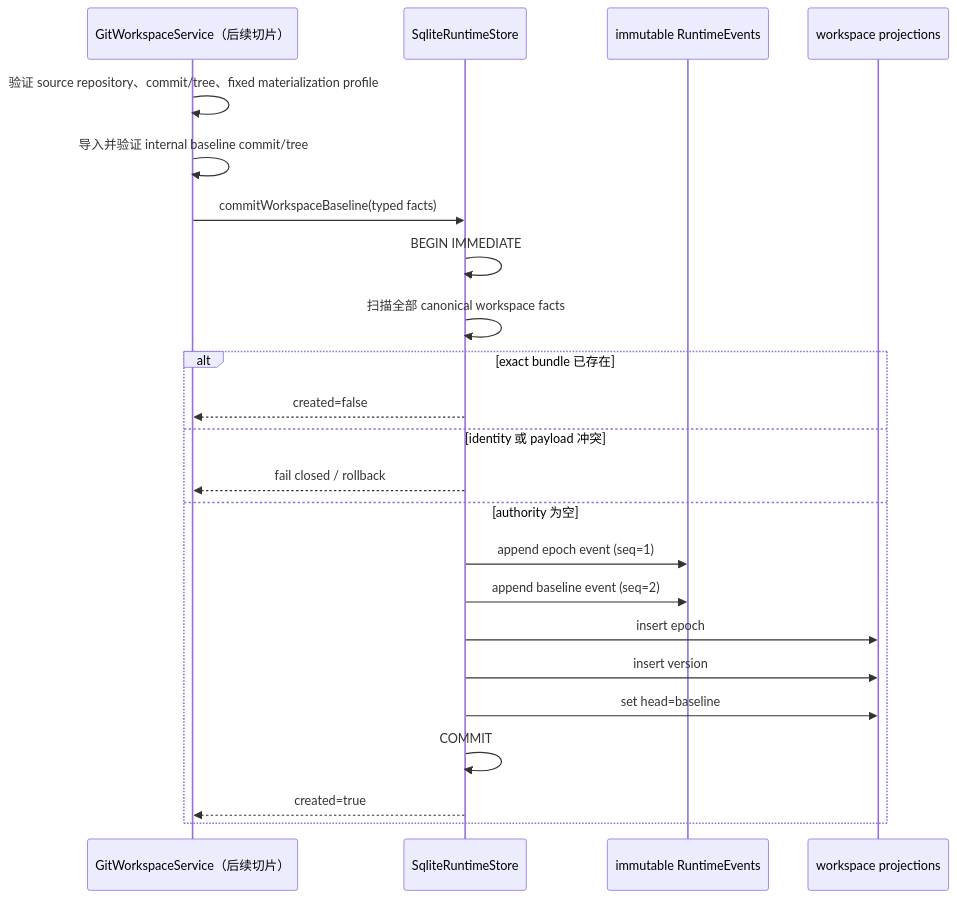
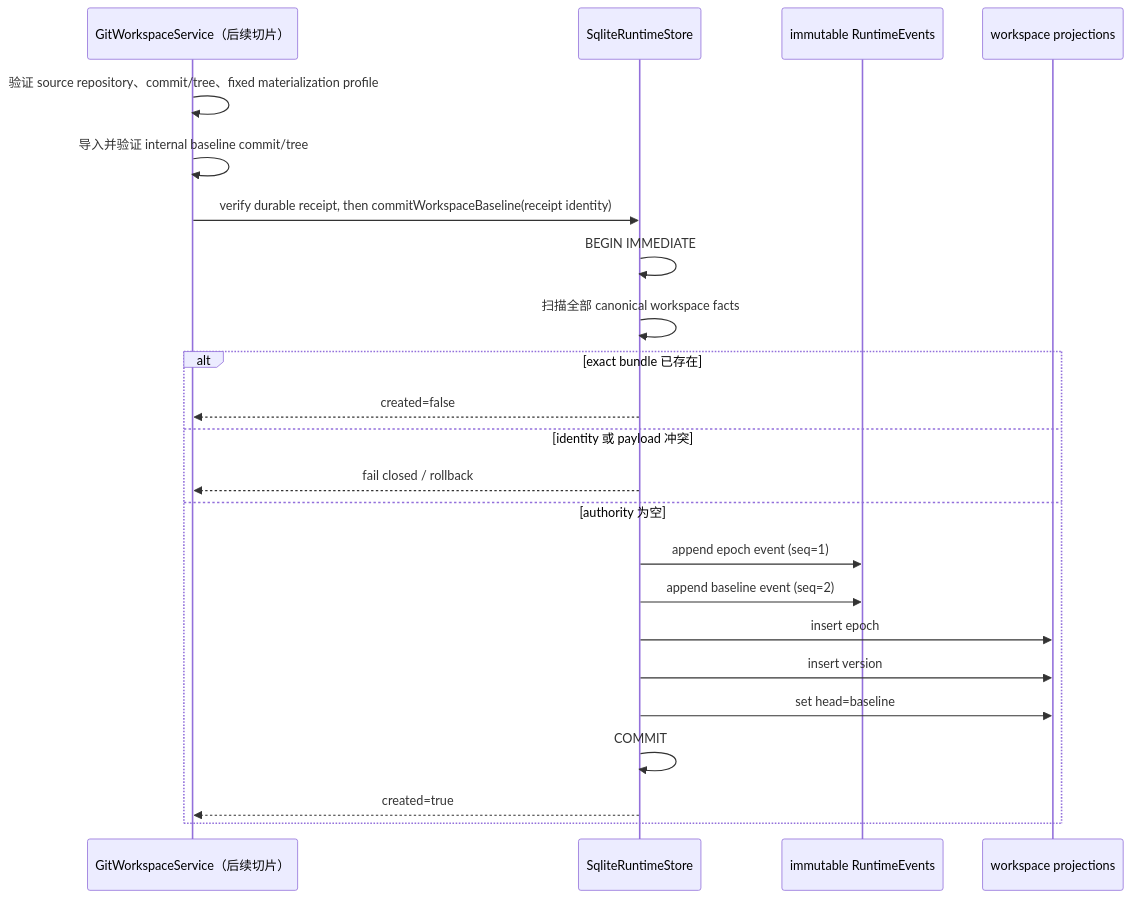
Before and after one commit to zhiiw/maka-agent: the diagram in docs/architecture/runtime-workspace-version-authority-v1.zh-CN.md, drawn with Mermaid. The commit also changed other lines of this file and 11 other files, not shown here.

````diff
--- a/docs/architecture/runtime-workspace-version-authority-v1.zh-CN.md
+++ b/docs/architecture/runtime-workspace-version-authority-v1.zh-CN.md
@@ -172,26 +178,26 @@
 ```mermaid
 sequenceDiagram
   participant G as GitWorkspaceService（后续切片）
   participant S as SqliteRuntimeStore
   participant E as immutable RuntimeEvents
   participant P as workspace projections
 
   G->>G: 验证 source repository、commit/tree、fixed materialization profile
   G->>G: 导入并验证 internal baseline commit/tree
-  G->>S: commitWorkspaceBaseline(typed facts)
+  G->>S: verify durable receipt, then commitWorkspaceBaseline(receipt identity)
   S->>S: BEGIN IMMEDIATE
   S->>S: 扫描全部 canonical workspace facts
   alt exact bundle 已存在
     S-->>G: created=false
   else identity 或 payload 冲突
     S-->>G: fail closed / rollback
   else authority 为空
     S->>E: append epoch event (seq=1)
     S->>E: append baseline event (seq=2)
     S->>P: insert epoch
     S->>P: insert version
     S->>P: set head=baseline
     S->>S: COMMIT
     S-->>G: created=true
   end
 ```
````
